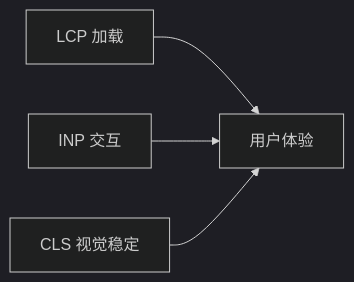
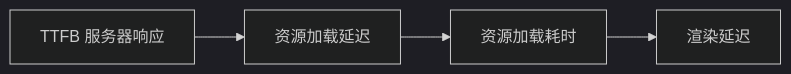
Before and after one commit to c-builder/study: the second of 5 diagrams in 05-性能优化/01-性能指标体系.md, drawn with Mermaid (dark theme). The commit also changed other lines of this file, not shown here.

````diff
--- a/05-性能优化/01-性能指标体系.md
+++ b/05-性能优化/01-性能指标体系.md
@@ -22,10 +59,6 @@
 ```mermaid
 flowchart LR
-    LCP[LCP 加载]
-    INP[INP 交互]
-    CLS[CLS 视觉稳定]
-    
-    LCP --> UX[用户体验]
-    INP --> UX
-    CLS --> UX
+    TTFB[TTFB 服务器响应] --> LoadDelay[资源加载延迟]
+    LoadDelay --> LoadTime[资源加载耗时]
+    LoadTime --> RenderDelay[渲染延迟]
 ```
````
